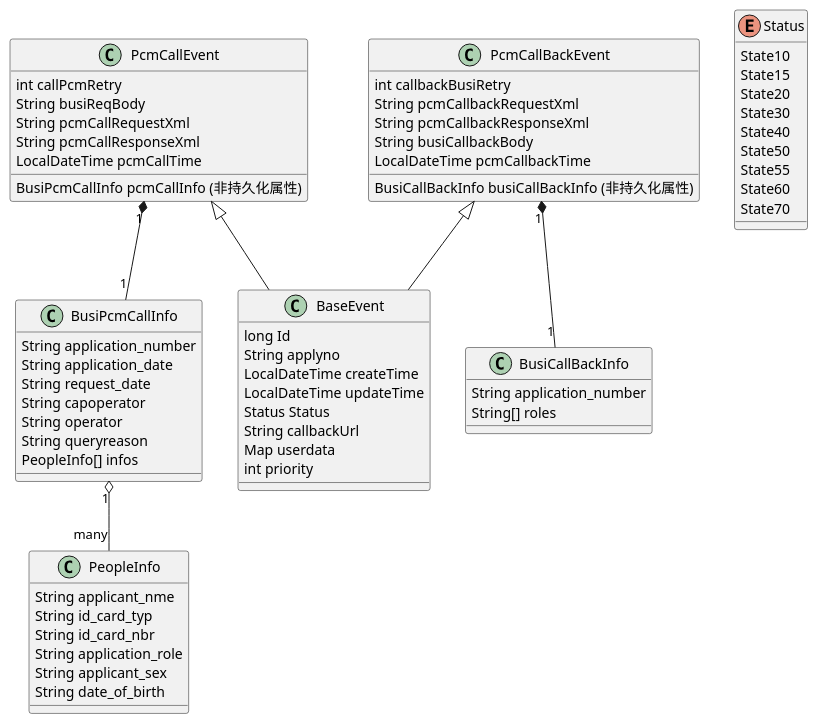
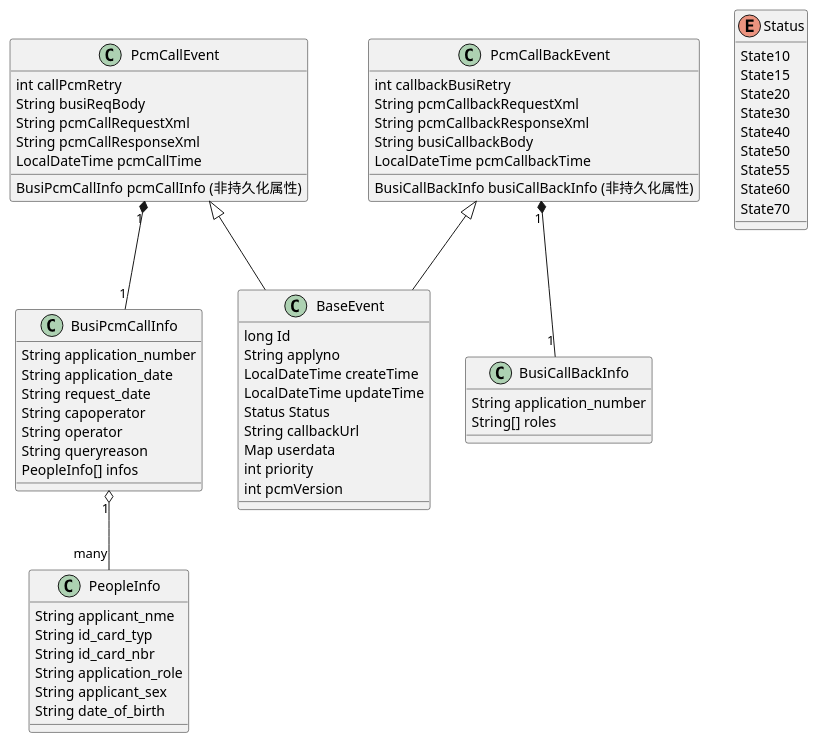
One commit to 0xff1234/xiaoshujiang changed the fourth of 4 diagrams in PcmDispatcher设计文档.md. Above: the diagram before and after it, drawn with PlantUML. The commit also changed other lines of this file, not shown here.

Commit message:
修改文件: PcmDispatcher设计文档.md

````diff
--- a/PcmDispatcher设计文档.md
+++ b/PcmDispatcher设计文档.md
@@ -150,75 +150,76 @@
 ``` plantuml!
 @startuml
 class BaseEvent {
   long Id
   String applyno
   LocalDateTime createTime
   LocalDateTime updateTime
   Status Status
   String callbackUrl
   Map userdata
   int priority
+  int pcmVersion
 }
 
 class PcmCallEvent {
   int callPcmRetry
   String busiReqBody
   String pcmCallRequestXml
   String pcmCallResponseXml
   LocalDateTime pcmCallTime
   BusiPcmCallInfo pcmCallInfo (非持久化属性)
 }
 
 class PcmCallBackEvent {
   int callbackBusiRetry
   String pcmCallbackRequestXml
   String pcmCallbackResponseXml
   String busiCallbackBody
   LocalDateTime pcmCallbackTime
   BusiCallBackInfo busiCallBackInfo (非持久化属性)
 }
 
 class BusiCallBackInfo{
   String application_number
   String[] roles 
 }
 
 class BusiPcmCallInfo{
   String application_number
   String application_date
   String request_date
   String capoperator
   String operator
   String queryreason
   PeopleInfo[] infos 
 }
 
 class PeopleInfo{
   String applicant_nme
   String id_card_typ
   String id_card_nbr
   String application_role
   String applicant_sex
   String date_of_birth
 }
 
 BusiPcmCallInfo "1" o-- "many" PeopleInfo
 PcmCallEvent <|-- BaseEvent
 PcmCallEvent "1" *-- "1" BusiPcmCallInfo
 
 PcmCallBackEvent <|-- BaseEvent
 PcmCallBackEvent "1" *-- "1" BusiCallBackInfo
 
 enum Status {
   State10
   State15
   State20
   State30
   State40
   State50
   State55
   State60
   State70
 }
 @enduml
 ```
````
